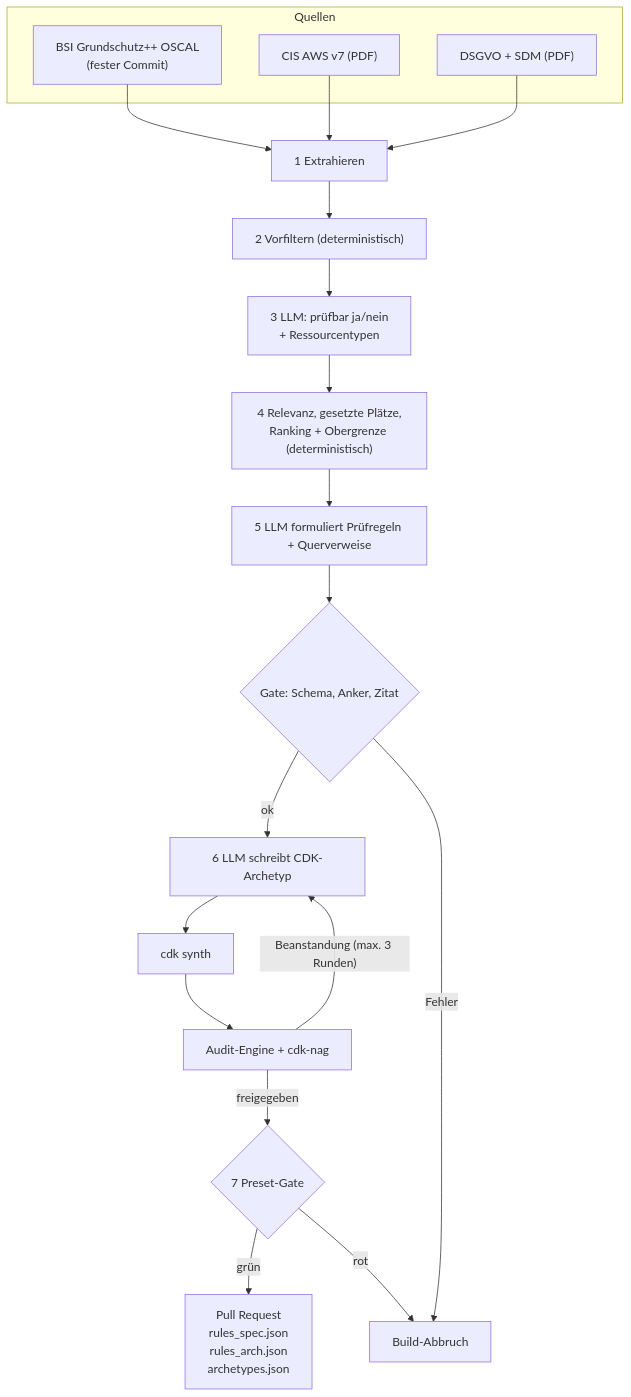
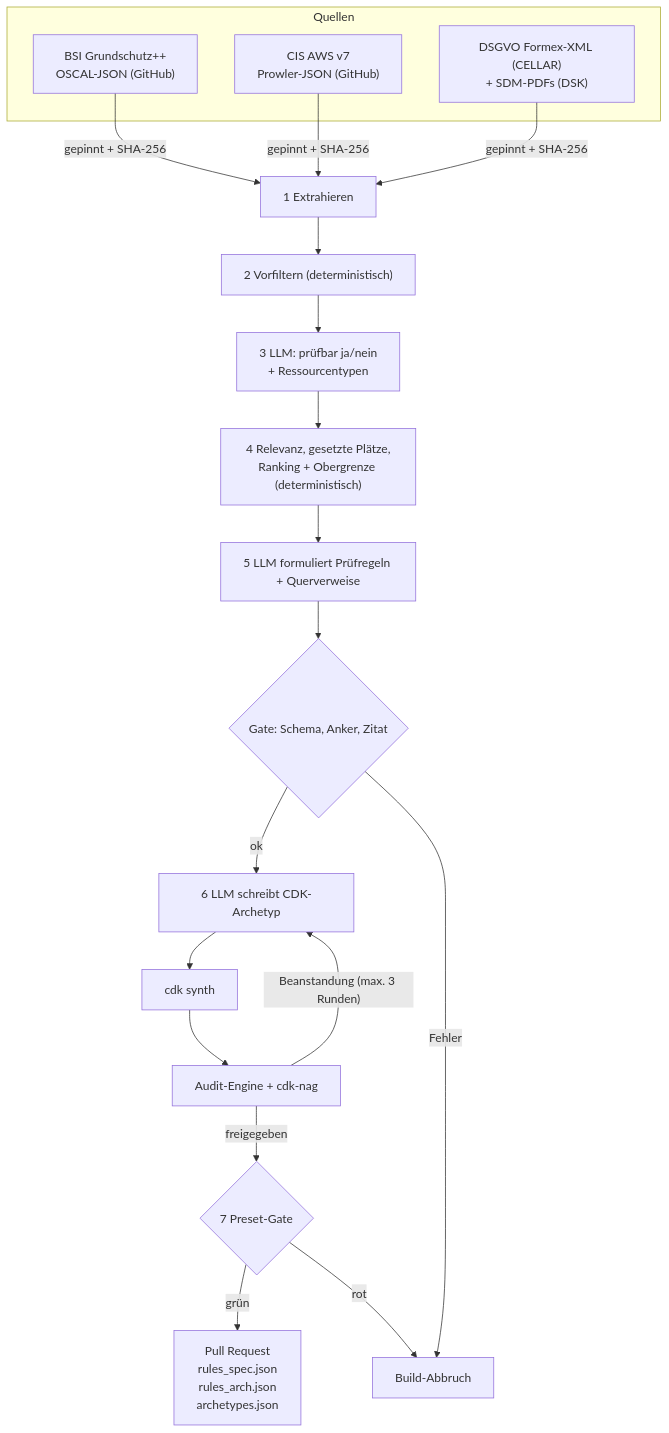
The first of 4 diagrams in docs/ARCHITECTURE.md (Daniel74/GovGuard), drawn with Mermaid before and after one commit. The commit also changed other lines of this file and 2 other files, not shown here.

Commit message:
Align architecture, roadmap and guardrails with ADR 0008

````diff
--- a/docs/ARCHITECTURE.md
+++ b/docs/ARCHITECTURE.md
@@ -21,22 +21,22 @@
 ```mermaid
 flowchart TD
   subgraph Q[Quellen]
-    BSI["BSI Grundschutz++ OSCAL<br/>(fester Commit)"]
-    CIS["CIS AWS v7 (PDF)"]
-    DS["DSGVO + SDM (PDF)"]
+    BSI["BSI Grundschutz++<br/>OSCAL-JSON (GitHub)"]
+    CIS["CIS AWS v7<br/>Prowler-JSON (GitHub)"]
+    DS["DSGVO Formex-XML (CELLAR)<br/>+ SDM-PDFs (DSK)"]
   end
-  BSI & CIS & DS --> E["1 Extrahieren"]
+  BSI & CIS & DS -->|"gepinnt + SHA-256"| E["1 Extrahieren"]
   E --> F["2 Vorfiltern (deterministisch)"]
   F --> K["3 LLM: prüfbar ja/nein<br/>+ Ressourcentypen"]
   K --> R["4 Relevanz, gesetzte Plätze,<br/>Ranking + Obergrenze (deterministisch)"]
   R --> P["5 LLM formuliert Prüfregeln + Querverweise"]
   P --> G1{"Gate: Schema, Anker, Zitat"}
   G1 -->|ok| A["6 LLM schreibt CDK-Archetyp"]
   A --> S["cdk synth"]
   S --> AE["Audit-Engine + cdk-nag"]
   AE -->|"Beanstandung (max. 3 Runden)"| A
   AE -->|freigegeben| PR{"7 Preset-Gate"}
   PR -->|grün| KB["Pull Request<br/>rules_spec.json<br/>rules_arch.json<br/>archetypes.json"]
   G1 -->|Fehler| X["Build-Abbruch"]
   PR -->|rot| X
 ```
````
